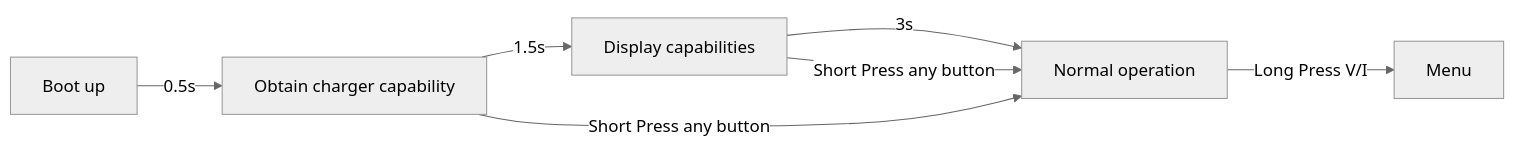
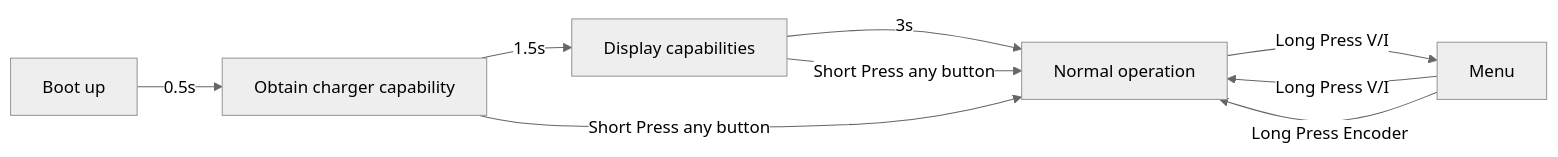
Before and after one commit to CentyLab/PocketPD: the diagram in ReadMe.md, drawn with Mermaid (neutral theme). The commit also changed other lines of this file, not shown here.

````diff
--- a/ReadMe.md
+++ b/ReadMe.md
@@ -8,9 +8,11 @@
 ```mermaid
 flowchart LR
     A[Boot up] --> |0.5s|B[Obtain charger capability]
     B --> |1.5s|C[Display capabilities]
     C --> |3s|D[Normal operation]
     D --> |Long Press V/I|E[Menu]
     B --> |Short Press any button|D
     C --> |Short Press any button|D
+    E --> |Long Press V/I|D
+    E --> |Long Press Encoder|D
 ```
````
